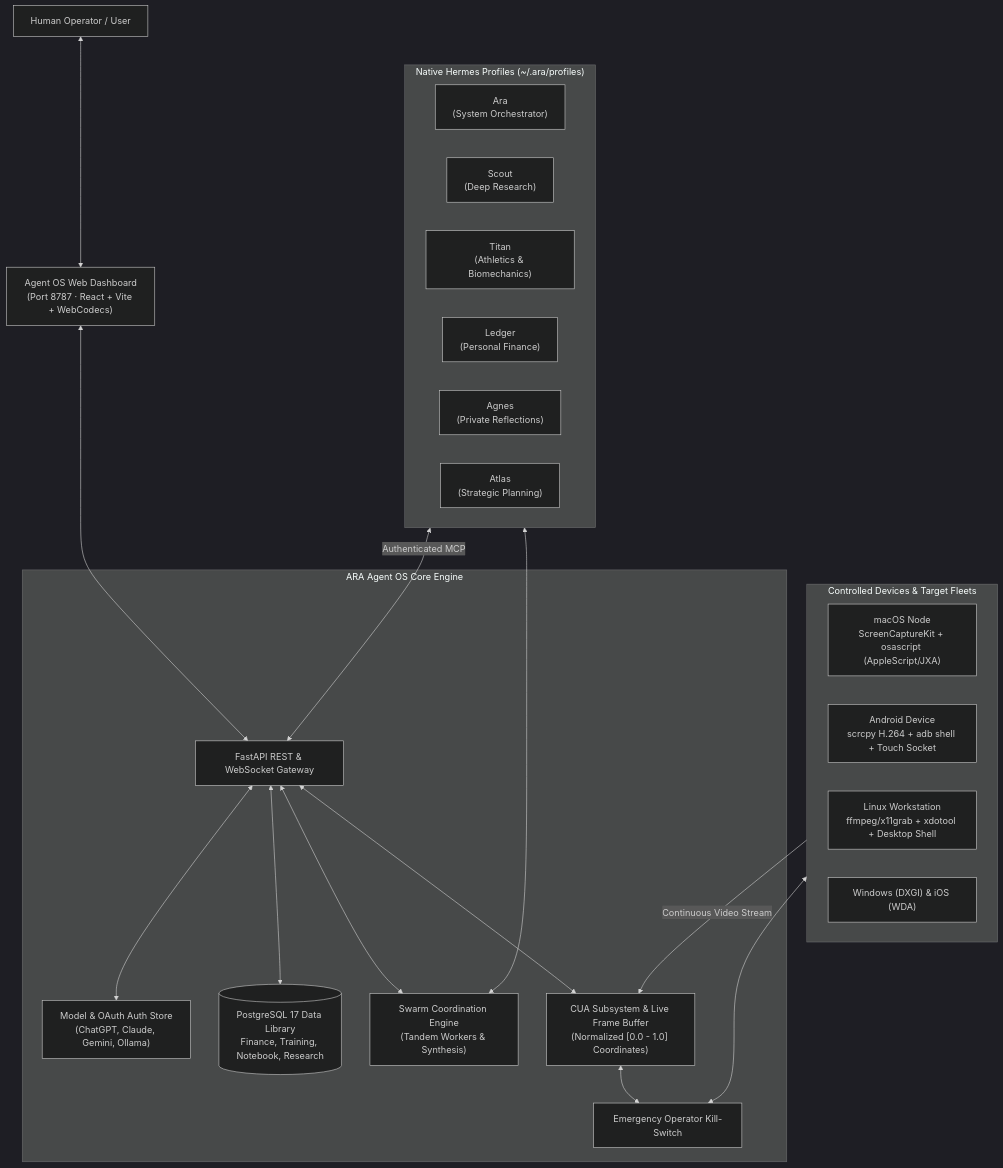
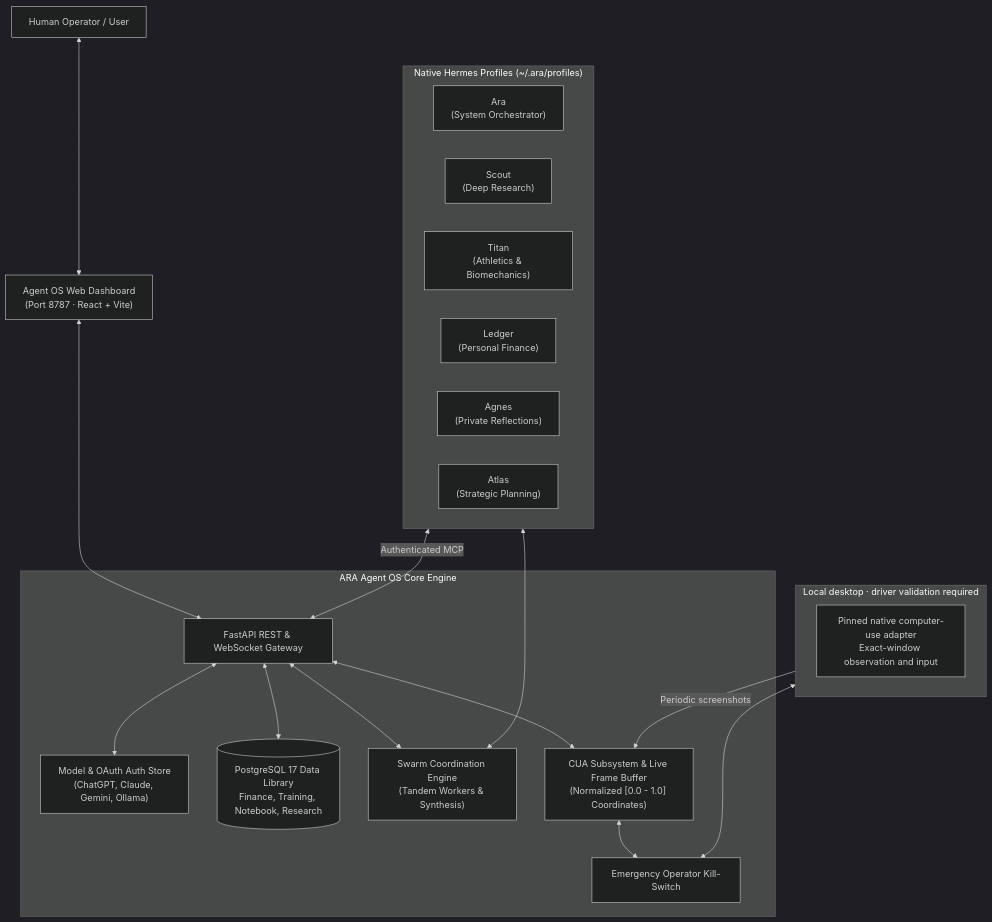
The diagram in README.md (coding-nyx/agent-os), drawn with Mermaid (dark theme) before and after one commit. The commit also changed other lines of this file and 36 other files, not shown here.

````diff
--- a/README.md
+++ b/README.md
@@ -28,42 +26,39 @@
 ```mermaid
 flowchart TD
-    User["Human Operator / User"] <--> Dashboard["Agent OS Web Dashboard<br/>(Port 8787 · React + Vite + WebCodecs)"]
+    User["Human Operator / User"] <--> Dashboard["Agent OS Web Dashboard<br/>(Port 8787 · React + Vite)"]
 
     subgraph CoreOS["ARA Agent OS Core Engine"]
         API["FastAPI REST & WebSocket Gateway"]
         Auth["Model & OAuth Auth Store<br/>(ChatGPT, Claude, Gemini, Ollama)"]
         DB[(PostgreSQL 17 Data Library<br/>Finance, Training, Notebook, Research)]
         SwarmEng["Swarm Coordination Engine<br/>(Tandem Workers & Synthesis)"]
         CUASubsys["CUA Subsystem & Live Frame Buffer<br/>(Normalized [0.0 - 1.0] Coordinates)"]
         KillSwitch["Emergency Operator Kill-Switch"]
     end
 
     subgraph NativeAgents["Native Hermes Profiles (~/.ara/profiles)"]
         Ara["Ara<br/>(System Orchestrator)"]
         Scout["Scout<br/>(Deep Research)"]
         Titan["Titan<br/>(Athletics & Biomechanics)"]
         Ledger["Ledger<br/>(Personal Finance)"]
         Agnes["Agnes<br/>(Private Reflections)"]
         Atlas["Atlas<br/>(Strategic Planning)"]
     end
 
-    subgraph HardwareFleet["Controlled Devices & Target Fleets"]
-        macOS["macOS Node<br/>ScreenCaptureKit + osascript (AppleScript/JXA)"]
-        Android["Android Device<br/>scrcpy H.264 + adb shell + Touch Socket"]
-        Linux["Linux Workstation<br/>ffmpeg/x11grab + xdotool + Desktop Shell"]
-        WinIOS["Windows (DXGI) & iOS (WDA)"]
+    subgraph HardwareFleet["Local desktop · driver validation required"]
+        Desktop["Pinned native computer-use adapter<br/>Exact-window observation and input"]
     end
 
     Dashboard <--> API
     API <--> DB
     API <--> SwarmEng
     API <--> CUASubsys
     API <--> Auth
 
     SwarmEng <--> NativeAgents
     NativeAgents <-->|Authenticated MCP| API
 
     CUASubsys <--> KillSwitch
     KillSwitch <--> HardwareFleet
-    HardwareFleet -->|Continuous Video Stream| CUASubsys
+    HardwareFleet -->|Periodic screenshots| CUASubsys
 ```
````
